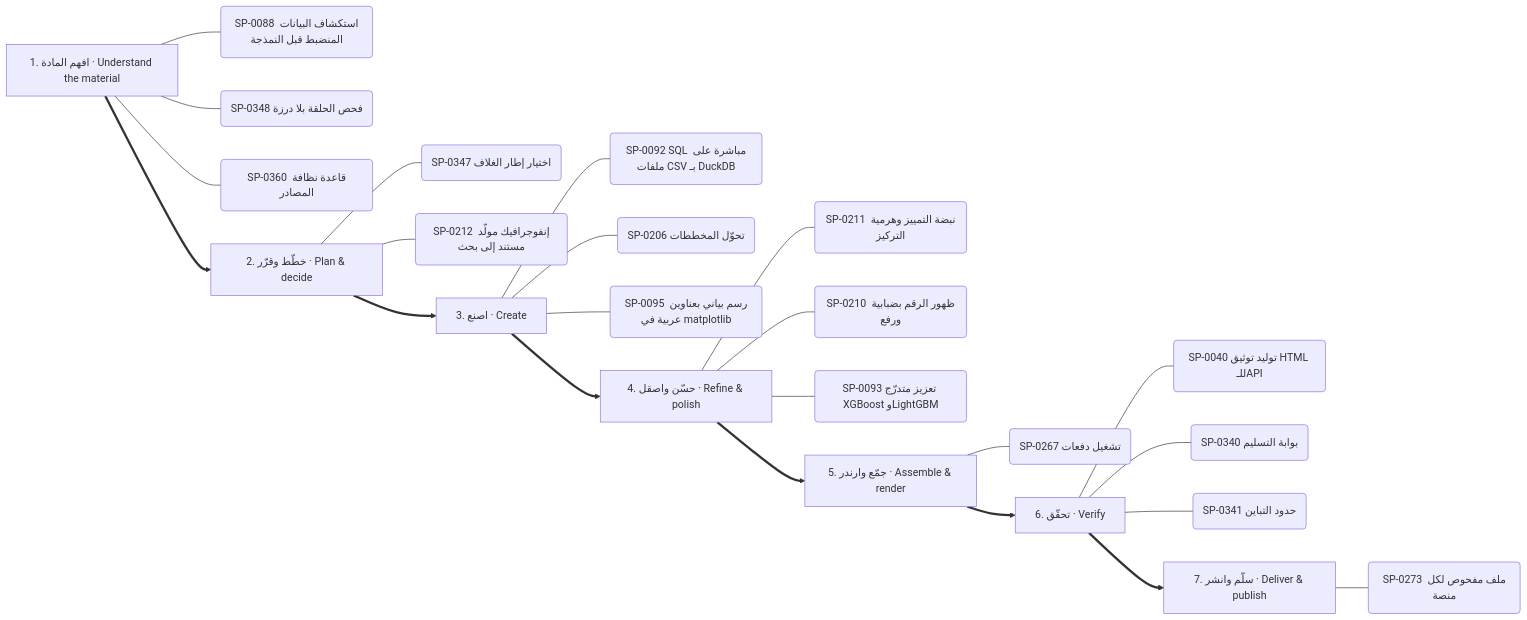
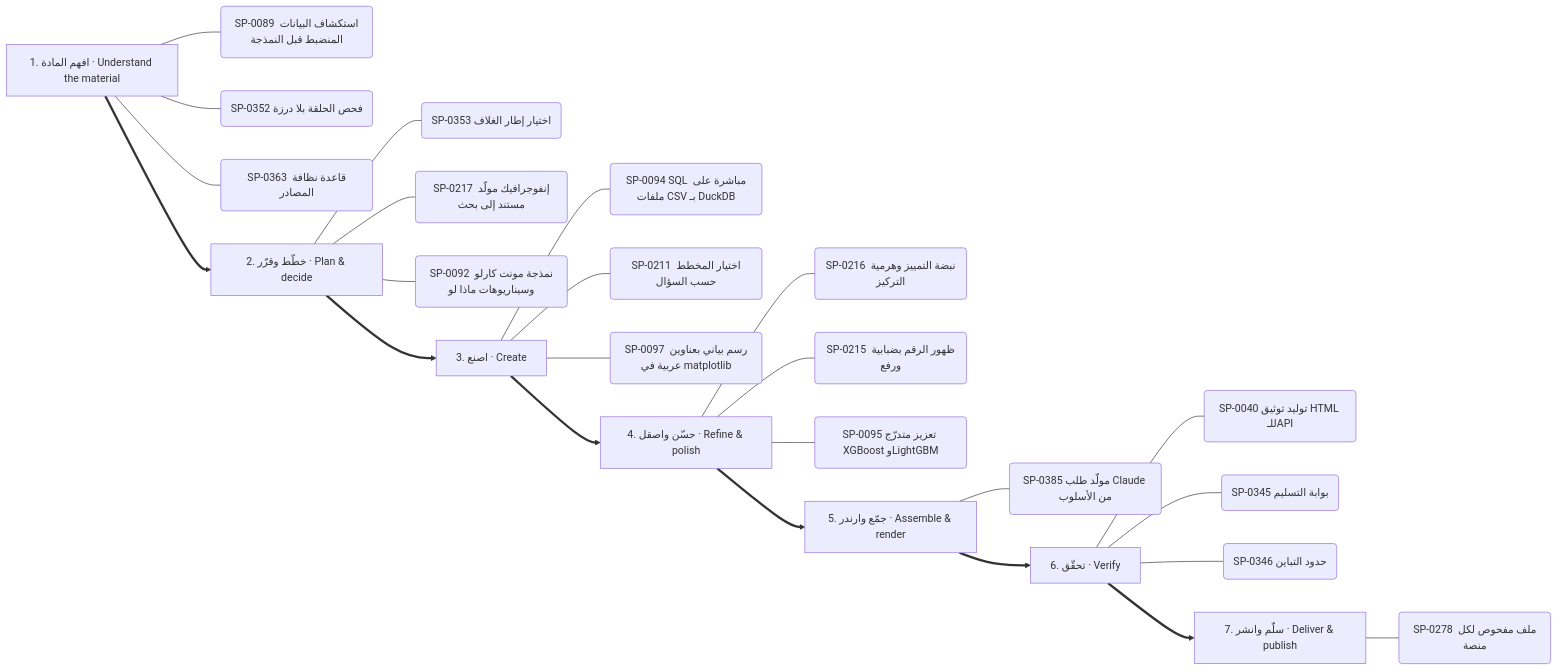
One commit to kosif199022-jpg/kosif-tool changed diagram 12 of 13 in .claude/skills/kosif-superpowers/references/capability-mindmap.md. Above: the diagram before and after it, drawn with Mermaid. The commit also changed other lines of this file and 376 other files, not shown here.

````diff
--- a/.claude/skills/kosif-superpowers/references/capability-mindmap.md
+++ b/.claude/skills/kosif-superpowers/references/capability-mindmap.md
@@ -592,32 +596,33 @@
 ```mermaid
 flowchart LR
   S0["1. افهم المادة · Understand the material"]
-  S0 --- S0_0("SP-0088 استكشاف البيانات المنضبط قبل النمذجة")
-  S0 --- S0_1("SP-0348 فحص الحلقة بلا درزة")
-  S0 --- S0_2("SP-0360 قاعدة نظافة المصادر")
+  S0 --- S0_0("SP-0089 استكشاف البيانات المنضبط قبل النمذجة")
+  S0 --- S0_1("SP-0352 فحص الحلقة بلا درزة")
+  S0 --- S0_2("SP-0363 قاعدة نظافة المصادر")
   S1["2. خطّط وقرّر · Plan & decide"]
-  S1 --- S1_0("SP-0347 اختيار إطار الغلاف")
-  S1 --- S1_1("SP-0212 إنفوجرافيك مولَّد مستند إلى بحث")
+  S1 --- S1_0("SP-0353 اختيار إطار الغلاف")
+  S1 --- S1_1("SP-0217 إنفوجرافيك مولَّد مستند إلى بحث")
+  S1 --- S1_2("SP-0092 نمذجة مونت كارلو وسيناريوهات ماذا لو")
   S0 ==> S1
   S2["3. اصنع · Create"]
-  S2 --- S2_0("SP-0092 SQL مباشرة على ملفات CSV بـ DuckDB")
-  S2 --- S2_1("SP-0206 تحوّل المخططات")
-  S2 --- S2_2("SP-0095 رسم بياني بعناوين عربية في matplotlib")
+  S2 --- S2_0("SP-0094 SQL مباشرة على ملفات CSV بـ DuckDB")
+  S2 --- S2_1("SP-0211 اختيار المخطط حسب السؤال")
+  S2 --- S2_2("SP-0097 رسم بياني بعناوين عربية في matplotlib")
   S1 ==> S2
   S3["4. حسّن واصقل · Refine & polish"]
-  S3 --- S3_0("SP-0211 نبضة التمييز وهرمية التركيز")
-  S3 --- S3_1("SP-0210 ظهور الرقم بضبابية ورفع")
-  S3 --- S3_2("SP-0093 تعزيز متدرّج XGBoost وLightGBM")
+  S3 --- S3_0("SP-0216 نبضة التمييز وهرمية التركيز")
+  S3 --- S3_1("SP-0215 ظهور الرقم بضبابية ورفع")
+  S3 --- S3_2("SP-0095 تعزيز متدرّج XGBoost وLightGBM")
   S2 ==> S3
   S4["5. جمّع وارندر · Assemble & render"]
-  S4 --- S4_0("SP-0267 تشغيل دفعات")
+  S4 --- S4_0("SP-0385 مولّد طلب Claude من الأسلوب")
   S3 ==> S4
   S5["6. تحقّق · Verify"]
   S5 --- S5_0("SP-0040 توليد توثيق HTML للـAPI")
-  S5 --- S5_1("SP-0340 بوابة التسليم")
-  S5 --- S5_2("SP-0341 حدود التباين")
+  S5 --- S5_1("SP-0345 بوابة التسليم")
+  S5 --- S5_2("SP-0346 حدود التباين")
   S4 ==> S5
   S6["7. سلّم وانشر · Deliver & publish"]
-  S6 --- S6_0("SP-0273 ملف مفحوص لكل منصة")
+  S6 --- S6_0("SP-0278 ملف مفحوص لكل منصة")
   S5 ==> S6
 ```
````
